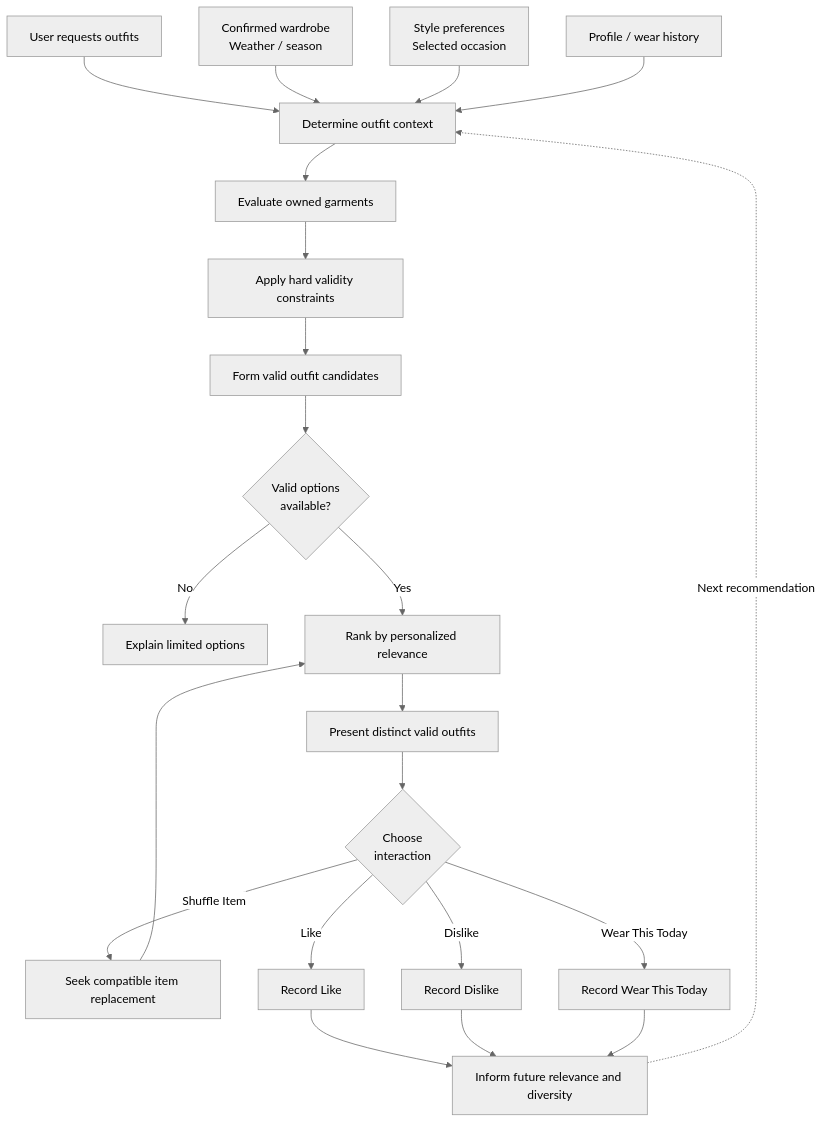
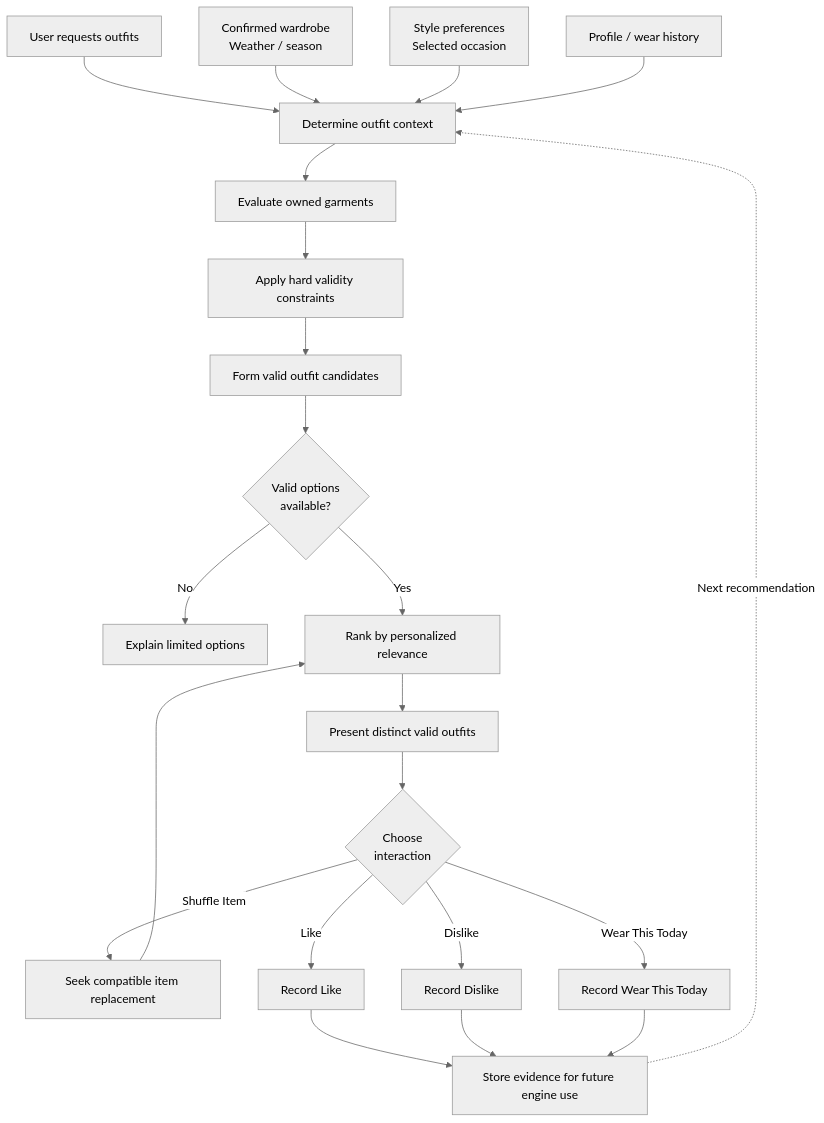
The fifth of 7 diagrams in docs/01-business/BRD.md (luubinhdeptrai/CapsuleAI), drawn with Mermaid (neutral theme) before and after one commit. The commit also changed other lines of this file and 89 other files, not shown here.

````diff
--- a/docs/01-business/BRD.md
+++ b/docs/01-business/BRD.md
@@ -383,24 +421,24 @@
 ```mermaid
 flowchart TD
     Request["User requests outfits"] --> Context["Determine outfit context"]
     Inventory["Confirmed wardrobe<br/>Weather / season"] --> Context
     Preferences["Style preferences<br/>Selected occasion"] --> Context
     Personalization["Profile / wear history"] --> Context
     Context --> Evaluate["Evaluate owned garments"]
     Evaluate --> Filter["Apply hard validity constraints"]
     Filter --> Candidates["Form valid outfit candidates"]
     Candidates --> Available{"Valid options<br/>available?"}
     Available -->|"No"| Explain["Explain limited options"]
     Available -->|"Yes"| Rank["Rank by personalized relevance"]
     Rank --> Present["Present distinct valid outfits"]
     Present --> Choice{"Choose<br/>interaction"}
     Choice -->|"Shuffle Item"| Shuffle["Seek compatible item replacement"]
     Shuffle --> Rank
     Choice -->|"Like"| Positive["Record Like"]
     Choice -->|"Dislike"| Negative["Record Dislike"]
     Choice -->|"Wear This Today"| Wear["Record Wear This Today"]
-    Positive --> Learn["Inform future relevance and diversity"]
+    Positive --> Learn["Store evidence for future engine use"]
     Negative --> Learn
     Wear --> Learn
     Learn -.->|"Next recommendation"| Context
 ```
````
